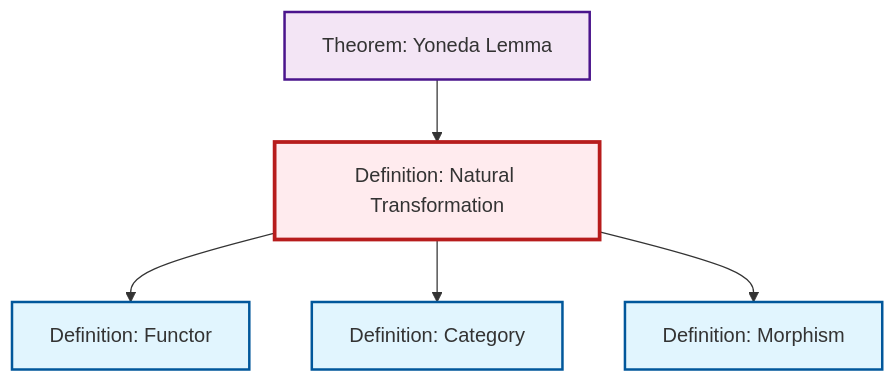
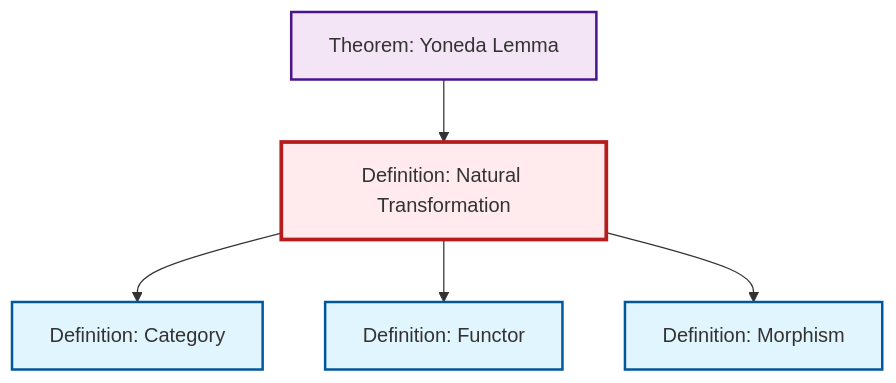
Before and after one commit to RK0429/ModernMath: the diagram in output/mermaid/def-natural-transformation.mermaid, drawn with Mermaid. The commit also changed other lines of this file and 531 other files, not shown here.

```diff
--- a/output/mermaid/def-natural-transformation.mermaid
+++ b/output/mermaid/def-natural-transformation.mermaid
@@ -1,17 +1,17 @@
 %%| fig-cap: "Local dependency graph"
 graph TD
     classDef definition fill:#e1f5fe,stroke:#01579b,stroke-width:2px
     classDef theorem fill:#f3e5f5,stroke:#4a148c,stroke-width:2px
     classDef axiom fill:#fff3e0,stroke:#e65100,stroke-width:2px
     classDef example fill:#e8f5e9,stroke:#1b5e20,stroke-width:2px
     classDef current fill:#ffebee,stroke:#b71c1c,stroke-width:3px
     def-natural-transformation["Definition: Natural Transformation"]:::definition
-    def-morphism["Definition: Morphism"]:::definition
-    def-category["Definition: Category"]:::definition
     def-functor["Definition: Functor"]:::definition
     thm-yoneda["Theorem: Yoneda Lemma"]:::theorem
-    def-natural-transformation --> def-functor
+    def-category["Definition: Category"]:::definition
+    def-morphism["Definition: Morphism"]:::definition
     def-natural-transformation --> def-category
     thm-yoneda --> def-natural-transformation
+    def-natural-transformation --> def-functor
     def-natural-transformation --> def-morphism
     class def-natural-transformation current
```
